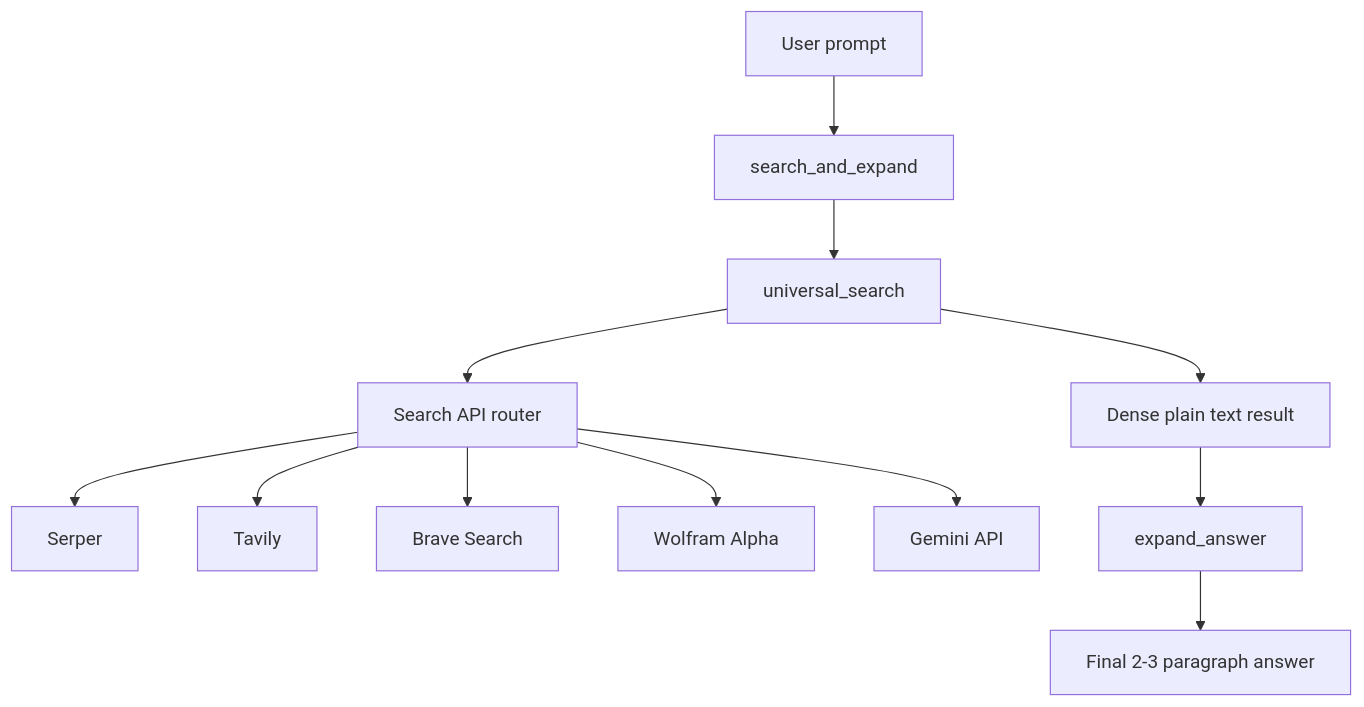
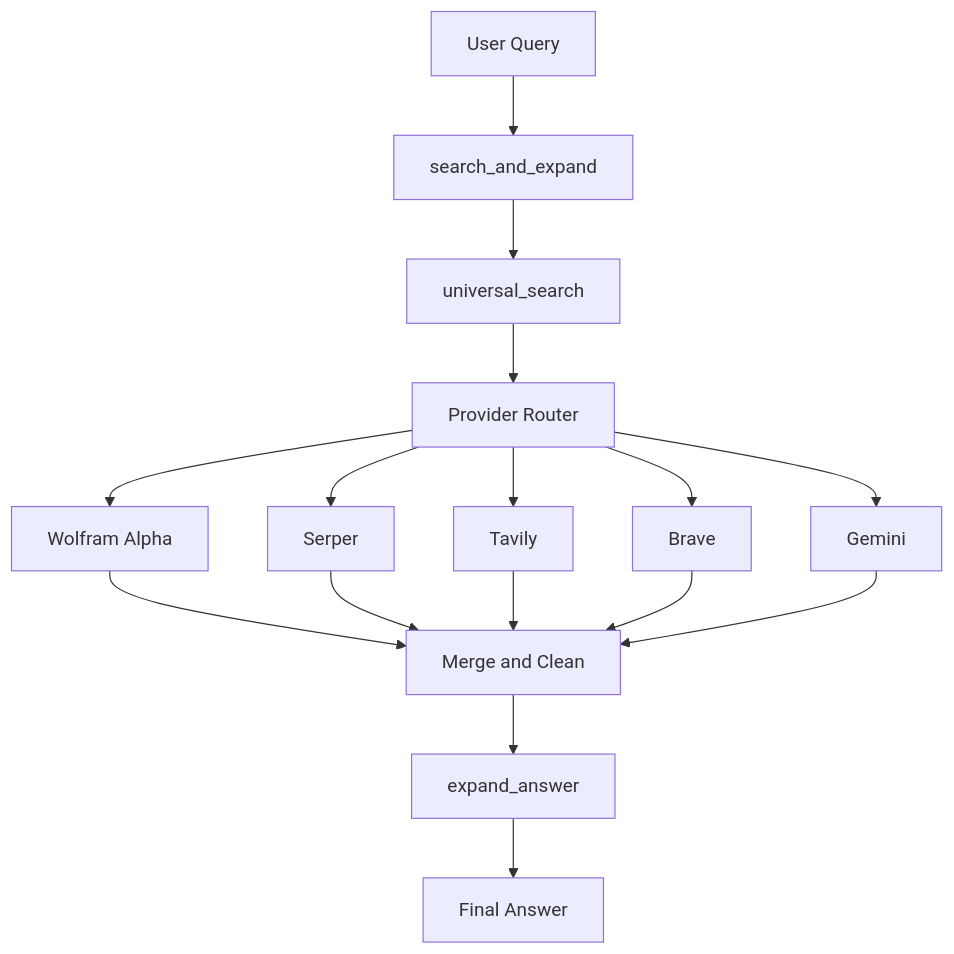
The diagram in README.md (leefc01/gemma_skill_universal_search), drawn with Mermaid before and after one commit. The commit also changed other lines of this file, not shown here.

````diff
--- a/README.md
+++ b/README.md
@@ -41,14 +49,21 @@
 ```mermaid
-flowchart TD
-    U[User prompt] --> O[search_and_expand]
-    O --> S[universal_search]
-    S --> R[Search API router]
-    R --> SR[Serper]
-    R --> TV[Tavily]
-    R --> BR[Brave Search]
-    R --> WF[Wolfram Alpha]
-    R --> GM[Gemini API]
-    S --> D[Dense plain text result]
-    D --> E[expand_answer]
-    E --> A[Final 2-3 paragraph answer]
+graph TD
+  U[User Query] --> S[search_and_expand]
+  S --> US[universal_search]
+  US --> R[Provider Router]
+
+  R --> WF[Wolfram Alpha]
+  R --> SP[Serper]
+  R --> TV[Tavily]
+  R --> BR[Brave]
+  R --> GM[Gemini]
+
+  WF --> M[Merge and Clean]
+  SP --> M
+  TV --> M
+  BR --> M
+  GM --> M
+
+  M --> EA[expand_answer]
+  EA --> O[Final Answer]
 ```
````
